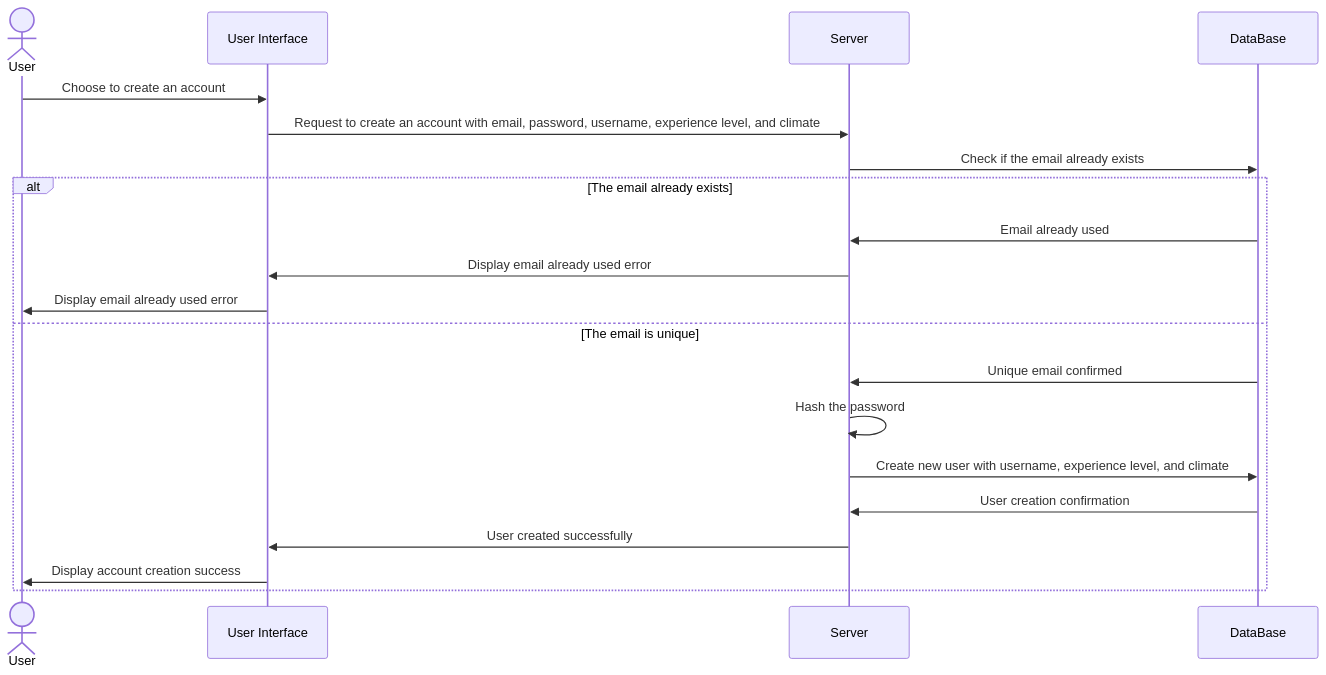
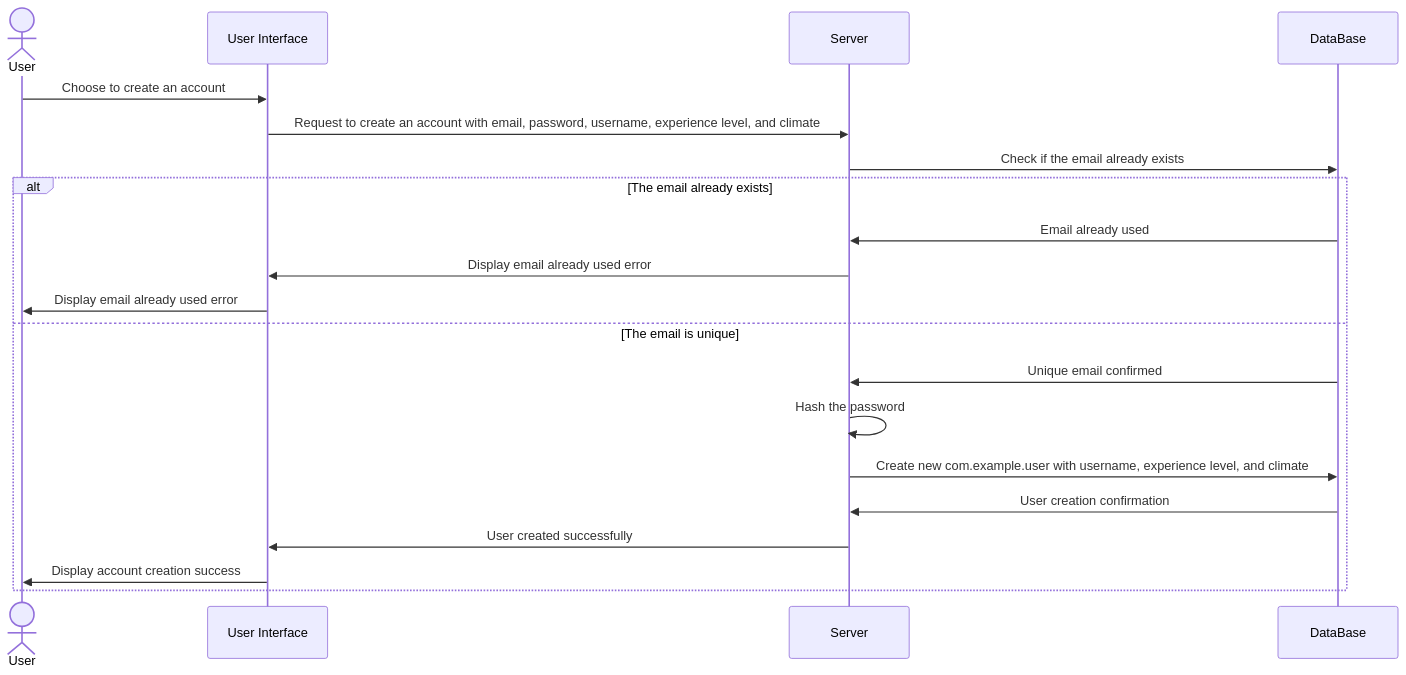
The diagram in DiagramSequence.md (Ryuuket/FunkyDrive), drawn with Mermaid before and after one commit. The commit also changed 13 other files, not shown here.

````diff
--- a/DiagramSequence.md
+++ b/DiagramSequence.md
@@ -1,23 +1,23 @@
 ```mermaid
 sequenceDiagram
     actor U as User
     participant UI as User Interface
     participant S as Server
     participant DB as DataBase
 
     U->>UI: Choose to create an account
     UI->>S: Request to create an account with email, password, username, experience level, and climate
     S->>DB: Check if the email already exists
     alt The email already exists
         DB->>S: Email already used
         S->>UI: Display email already used error
         UI->>U: Display email already used error
     else The email is unique
         DB->>S: Unique email confirmed
         S->>S: Hash the password
-        S->>DB: Create new user with username, experience level, and climate
+        S->>DB: Create new com.example.user with username, experience level, and climate
         DB->>S: User creation confirmation
         S->>UI: User created successfully
         UI->>U: Display account creation success
     end
 ```
````
